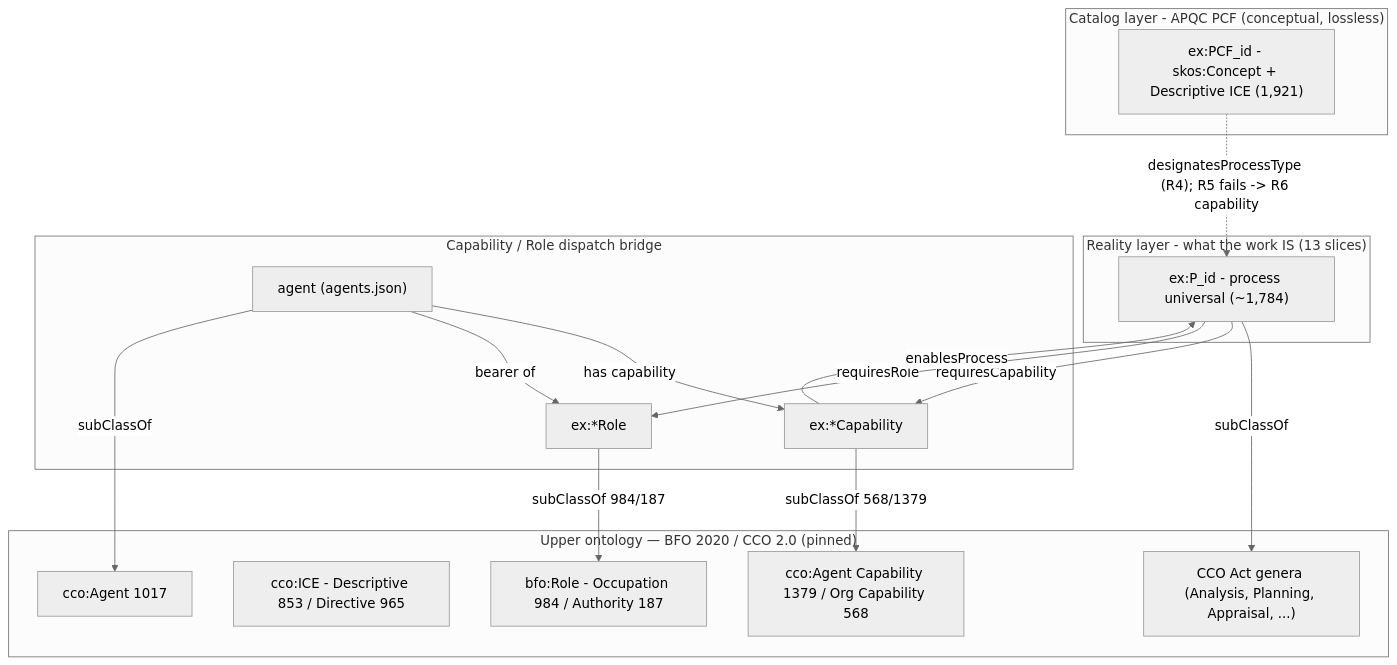
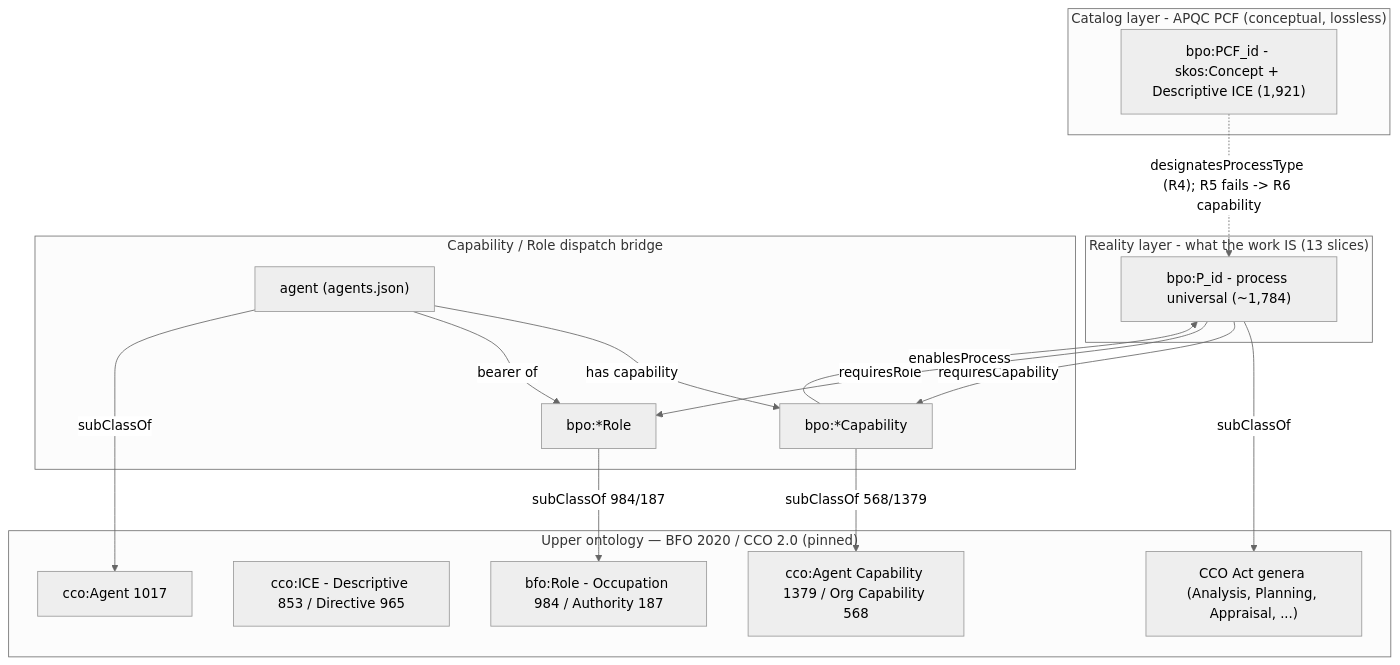
One commit to Skreen5hot/BusinessProcessOntology changed the diagram in docs/patterns/layer-architecture.mmd. Above: the diagram before and after it, drawn with Mermaid (neutral theme). The commit also changed 60 other files, not shown here.

```diff
--- a/docs/patterns/layer-architecture.mmd
+++ b/docs/patterns/layer-architecture.mmd
@@ -1,33 +1,33 @@
 flowchart TB
   subgraph UPPER["Upper ontology — BFO 2020 / CCO 2.0 (pinned)"]
     Act["CCO Act genera (Analysis, Planning, Appraisal, ...)"]
     ICE["cco:ICE - Descriptive 853 / Directive 965"]
     BRole["bfo:Role - Occupation 984 / Authority 187"]
     Cap["cco:Agent Capability 1379 / Org Capability 568"]
     Agent["cco:Agent 1017"]
   end
 
   subgraph CAT["Catalog layer - APQC PCF (conceptual, lossless)"]
-    Concept["ex:PCF_id - skos:Concept + Descriptive ICE (1,921)"]
+    Concept["bpo:PCF_id - skos:Concept + Descriptive ICE (1,921)"]
   end
 
   subgraph REAL["Reality layer - what the work IS (13 slices)"]
-    Proc["ex:P_id - process universal (~1,784)"]
+    Proc["bpo:P_id - process universal (~1,784)"]
   end
 
   subgraph DISP["Capability / Role dispatch bridge"]
-    ECap["ex:*Capability"]
-    ERole["ex:*Role"]
+    ECap["bpo:*Capability"]
+    ERole["bpo:*Role"]
     Fleet["agent (agents.json)"]
   end
 
   Concept -. "designatesProcessType (R4); R5 fails -> R6 capability" .-> Proc
   Proc -->|subClassOf| Act
   Proc -->|requiresCapability| ECap
   Proc -->|requiresRole| ERole
   ECap -->|enablesProcess| Proc
   ECap -->|subClassOf 568/1379| Cap
   ERole -->|subClassOf 984/187| BRole
   Fleet -->|has capability| ECap
   Fleet -->|bearer of| ERole
   Fleet -->|subClassOf| Agent
```
